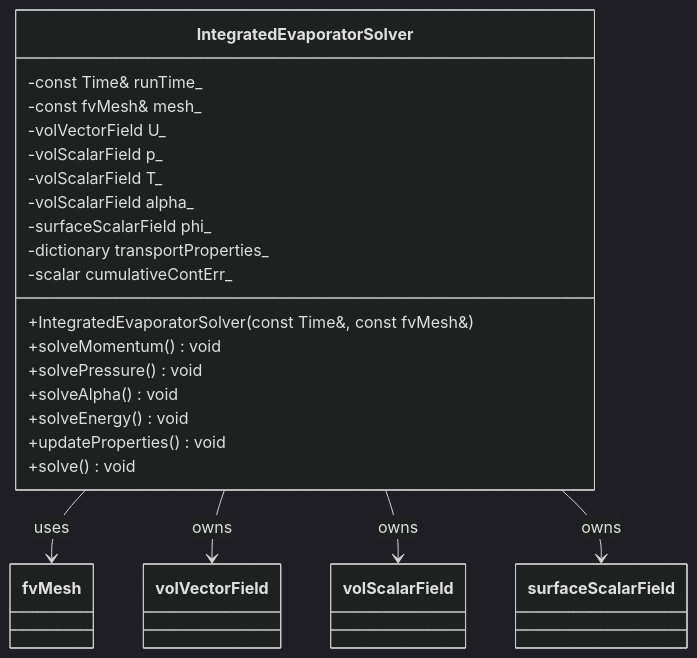
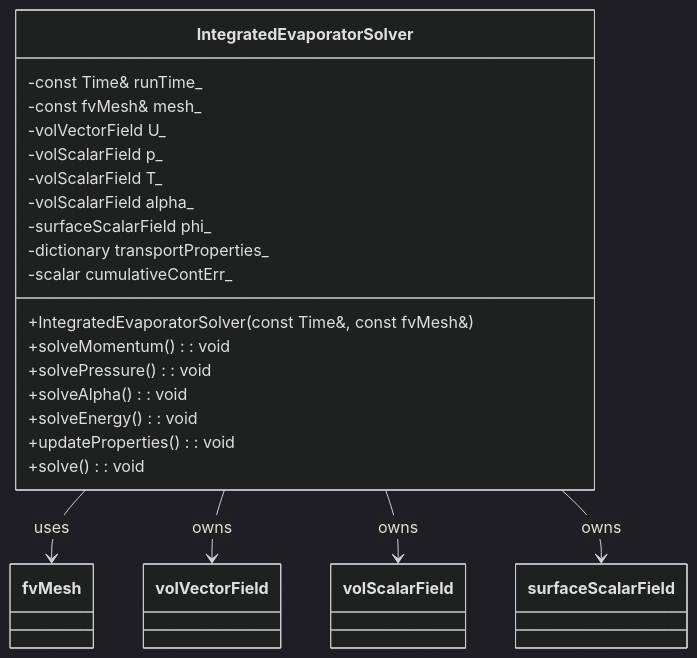
The second of 2 diagrams in daily_learning/Phase_01_Foundation_Theory/2026-01-01.md (wramet/build-my-cfd), drawn with Mermaid (dark theme) before and after one commit. The commit also changed other lines of this file, not shown here.

````diff
--- a/daily_learning/Phase_01_Foundation_Theory/2026-01-01.md
+++ b/daily_learning/Phase_01_Foundation_Theory/2026-01-01.md
@@ -886,26 +888,26 @@
 ```mermaid
 classDiagram
     class IntegratedEvaporatorSolver {
         -const Time& runTime_
         -const fvMesh& mesh_
         -volVectorField U_
         -volScalarField p_
         -volScalarField T_
         -volScalarField alpha_
         -surfaceScalarField phi_
         -dictionary transportProperties_
         -scalar cumulativeContErr_
         +IntegratedEvaporatorSolver(const Time&, const fvMesh&)
-        +solveMomentum() void
-        +solvePressure() void
-        +solveAlpha() void
-        +solveEnergy() void
-        +updateProperties() void
-        +solve() void
+        +solveMomentum() : void
+        +solvePressure() : void
+        +solveAlpha() : void
+        +solveEnergy() : void
+        +updateProperties() : void
+        +solve() : void
     }
 
     IntegratedEvaporatorSolver --> fvMesh : uses
     IntegratedEvaporatorSolver --> volVectorField : owns
     IntegratedEvaporatorSolver --> volScalarField : owns
     IntegratedEvaporatorSolver --> surfaceScalarField : owns
 ```
````
